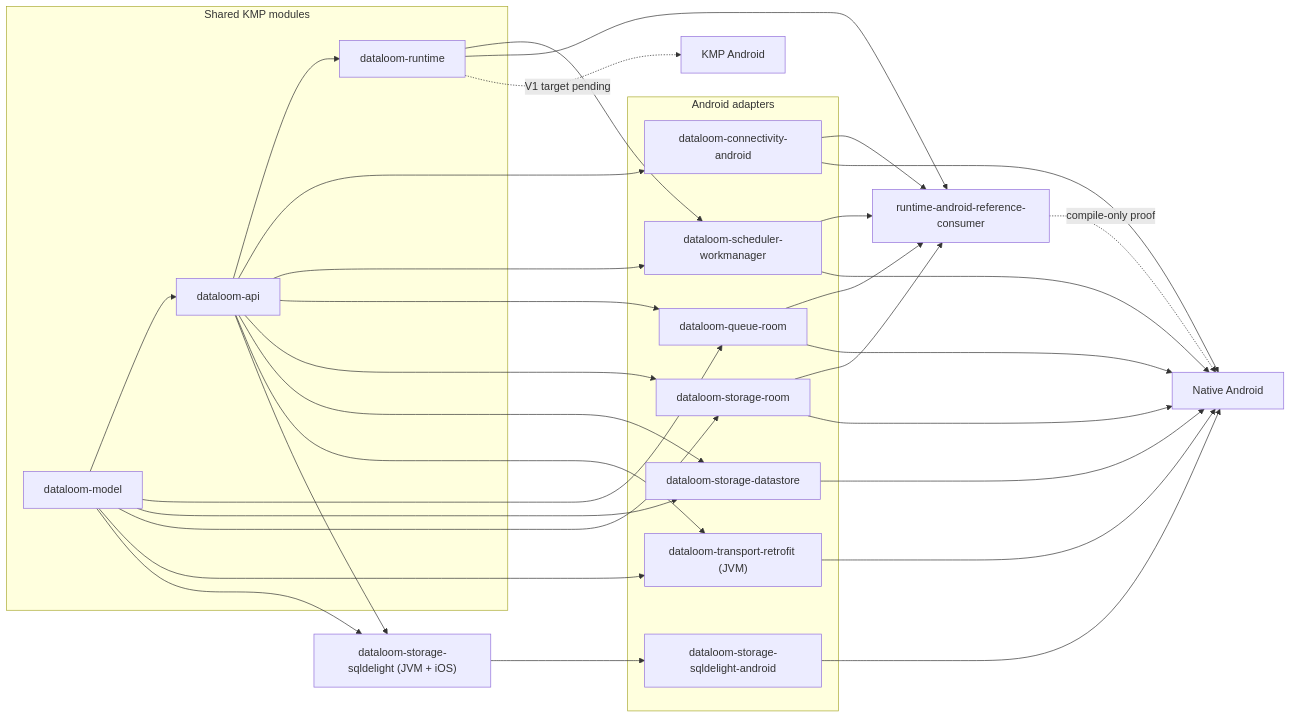
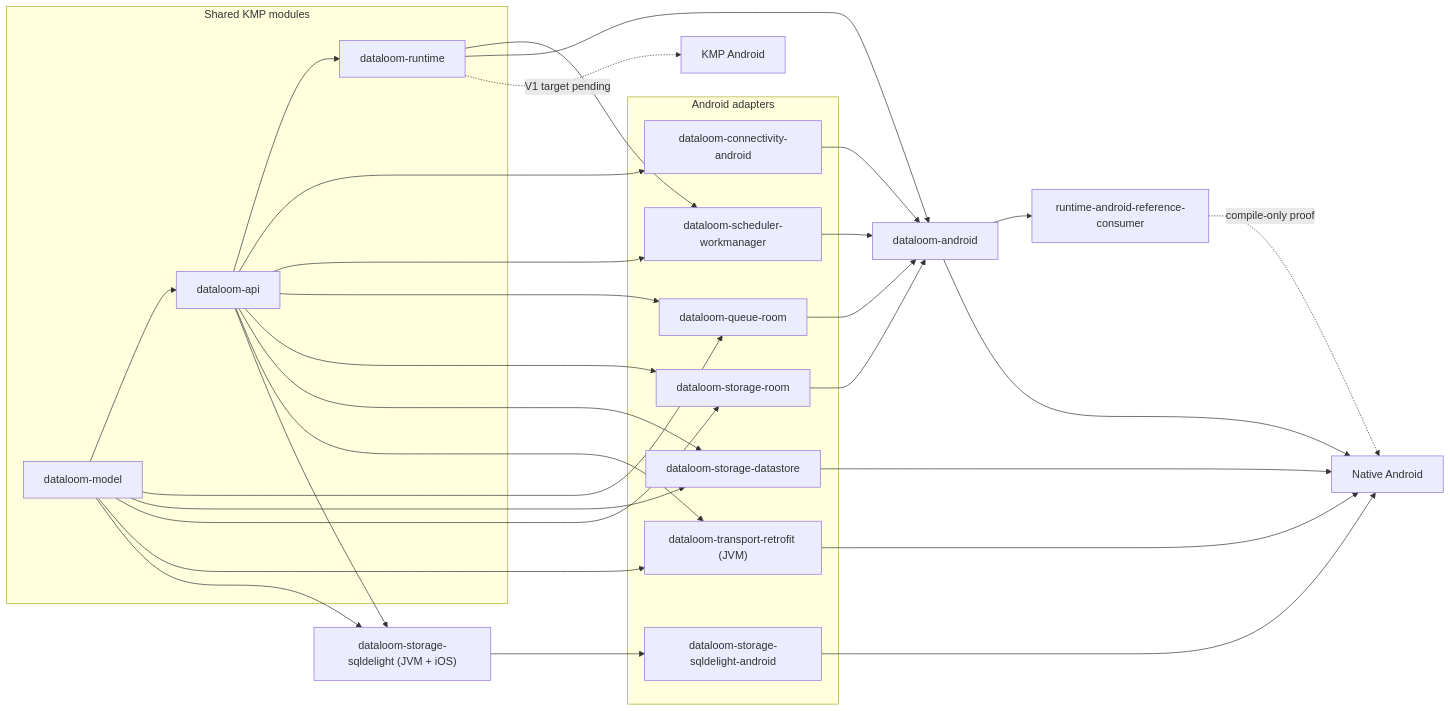
The diagram in docs/android/README.md (dataloom-sdk/dataloom), drawn with Mermaid before and after one commit. The commit also changed other lines of this file and 9 other files, not shown here.

First line of the commit message:
[#101] Add dataloom-android platform artifact (DL-039A second slice) (#270)

````diff
--- a/docs/android/README.md
+++ b/docs/android/README.md
@@ -44,56 +45,55 @@
 ```mermaid
 flowchart LR
     subgraph sharedModules["Shared KMP modules"]
         model["dataloom-model"]
         api["dataloom-api"]
         runtime["dataloom-runtime"]
         model --> api
         api --> runtime
     end
 
     subgraph androidAdapters["Android adapters"]
         connectivity["dataloom-connectivity-android"]
         scheduler["dataloom-scheduler-workmanager"]
         persistence["dataloom-queue-room"]
         storage["dataloom-storage-room"]
         datastoreStorage["dataloom-storage-datastore"]
         retrofitTransport["dataloom-transport-retrofit (JVM)"]
         sqldelightAndroid["dataloom-storage-sqldelight-android"]
     end
 
     sqldelight["dataloom-storage-sqldelight (JVM + iOS)"]
 
     model --> persistence
     model --> datastoreStorage
     model --> storage
     model --> retrofitTransport
     model --> sqldelight
     api --> connectivity
     api --> scheduler
     api --> persistence
     api --> storage
     api --> datastoreStorage
     api --> retrofitTransport
     api --> sqldelight
     sqldelight --> sqldelightAndroid
     runtime --> scheduler
 
+    androidUmbrella["dataloom-android"]
     referenceConsumer["runtime-android-reference-consumer"]
 
-    connectivity --> referenceConsumer
-    scheduler --> referenceConsumer
-    persistence --> referenceConsumer
-    storage --> referenceConsumer
-    runtime --> referenceConsumer
+    connectivity --> androidUmbrella
+    scheduler --> androidUmbrella
+    persistence --> androidUmbrella
+    storage --> androidUmbrella
+    runtime --> androidUmbrella
+    androidUmbrella --> referenceConsumer
 
-    connectivity --> nativeApp["Native Android"]
-    scheduler --> nativeApp
-    persistence --> nativeApp
-    storage --> nativeApp
+    androidUmbrella --> nativeApp["Native Android"]
     datastoreStorage --> nativeApp
     retrofitTransport --> nativeApp
     sqldelightAndroid --> nativeApp
     referenceConsumer -.->|"compile-only proof"| nativeApp
 
     runtime -.->|"V1 target pending"| kmpApp["KMP Android"]
 ```
````
